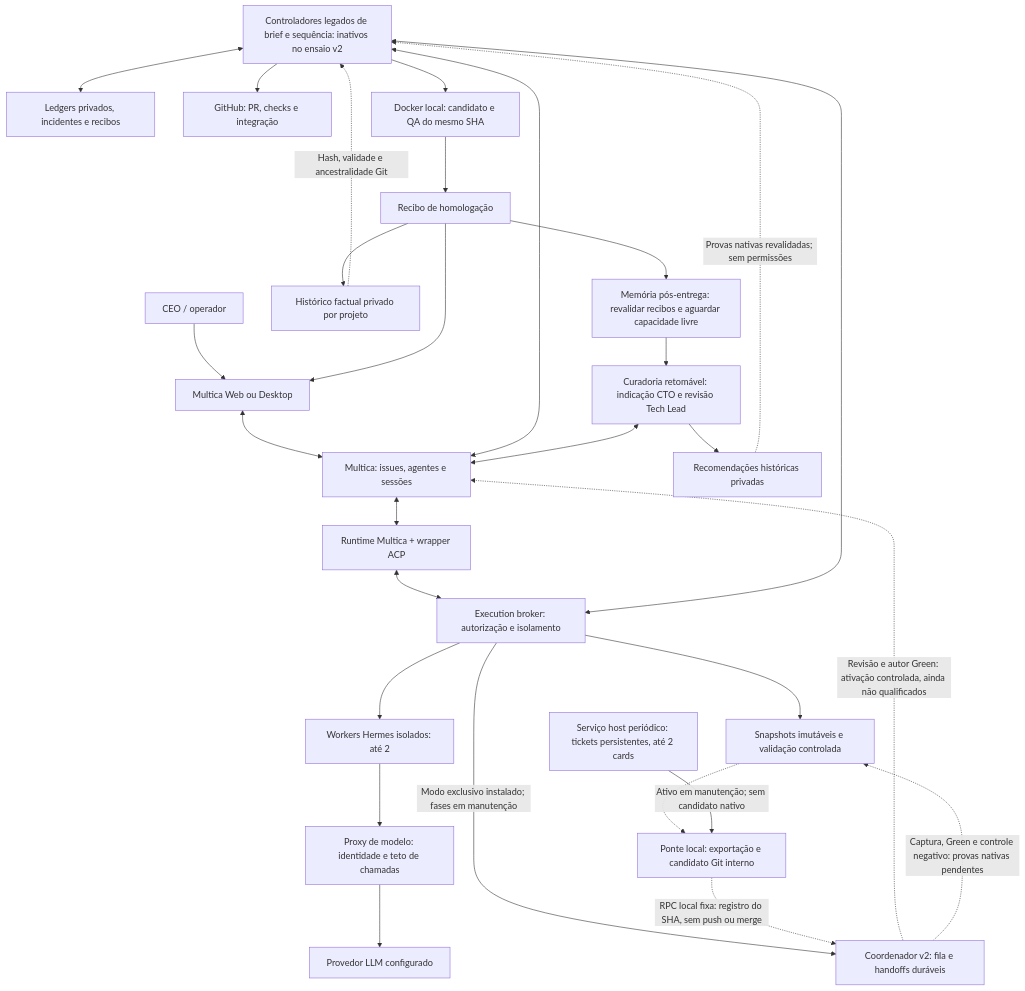
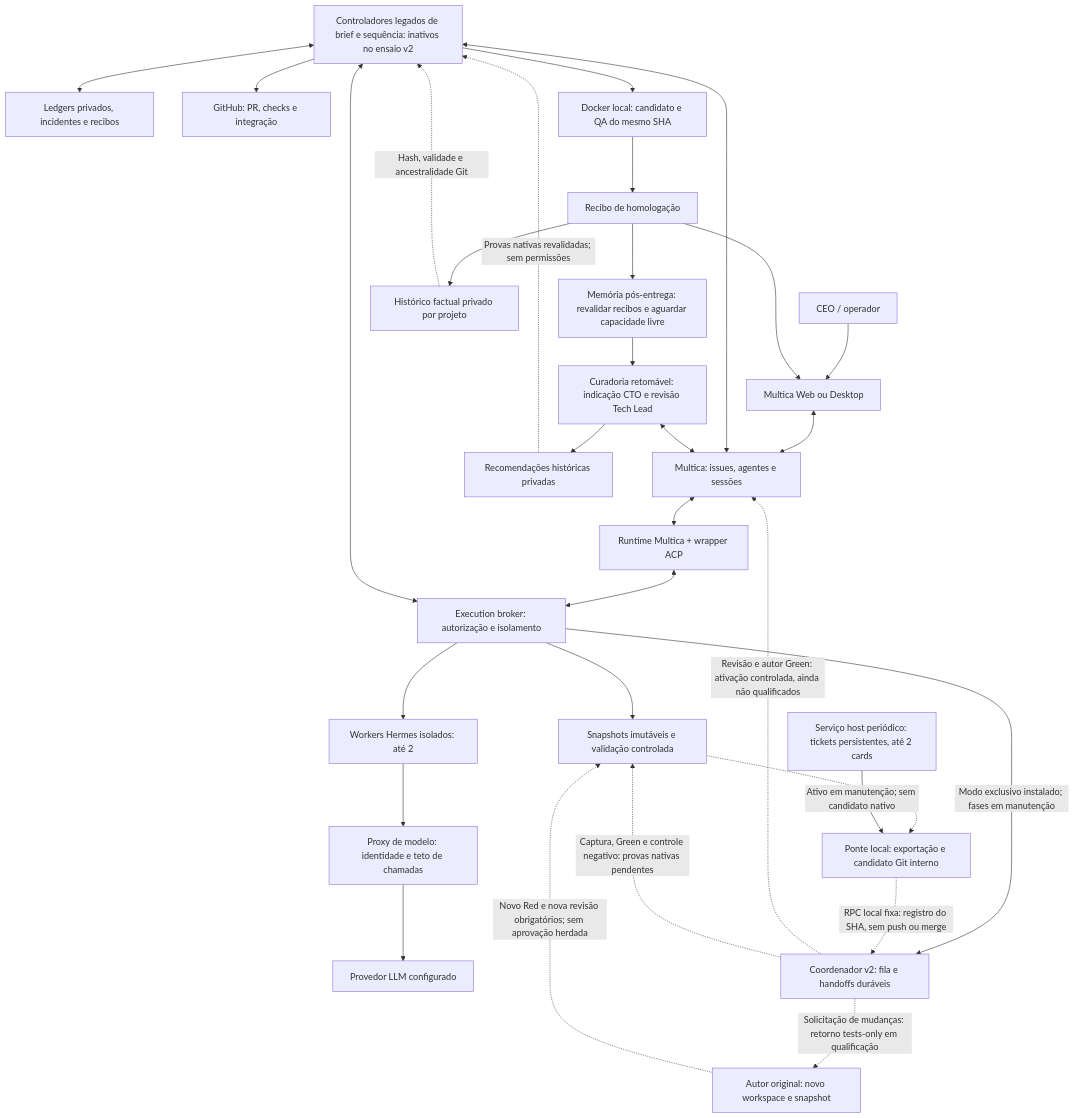
The first of 8 diagrams in README.md (codifydeep/fabriquinha), drawn with Mermaid before and after one commit. The commit also changed other lines of this file and 18 other files, not shown here.

````diff
--- a/README.md
+++ b/README.md
@@ -502,31 +512,33 @@
 ```mermaid
 flowchart TB
     CEO[CEO / operador] --> UI[Multica Web ou Desktop]
     UI <--> MC[Multica: issues, agentes e sessões]
     MC <--> RT[Runtime Multica + wrapper ACP]
     RT <--> B[Execution broker: autorização e isolamento]
     S[Controladores legados de brief e sequência: inativos no ensaio v2] <--> MC
     S <--> B
     S <--> L[Ledgers privados, incidentes e recibos]
     B --> W[Workers Hermes isolados: até 2]
     W --> P[Proxy de modelo: identidade e teto de chamadas]
     P --> M[Provedor LLM configurado]
     B --> E[Snapshots imutáveis e validação controlada]
     B -->|Modo exclusivo instalado; fases em manutenção| V2[Coordenador v2: fila e handoffs duráveis]
     V2 -.->|Revisão e autor Green: ativação controlada, ainda não qualificados| MC
+    V2 -.->|Solicitação de mudanças: retorno tests-only em qualificação| TR[Autor original: novo workspace e snapshot]
+    TR -.->|Novo Red e nova revisão obrigatórios; sem aprovação herdada| E
     V2 -.->|Captura, Green e controle negativo: provas nativas pendentes| E
     E -.-> GX[Ponte local: exportação e candidato Git interno]
     GX -.->|RPC local fixa: registro do SHA, sem push ou merge| V2
     GD[Serviço host periódico: tickets persistentes, até 2 cards] -->|Ativo em manutenção; sem candidato nativo| GX
     S --> GH[GitHub: PR, checks e integração]
     S --> QA[Docker local: candidato e QA do mesmo SHA]
     QA --> R[Recibo de homologação]
     R --> UI
     R --> HF[Histórico factual privado por projeto]
     HF -.->|Hash, validade e ancestralidade Git| S
     R --> MQ[Memória pós-entrega: revalidar recibos e aguardar capacidade livre]
     MQ --> C[Curadoria retomável: indicação CTO e revisão Tech Lead]
     C <--> MC
     C --> K[Recomendações históricas privadas]
     K -.->|Provas nativas revalidadas; sem permissões| S
 ```
````
